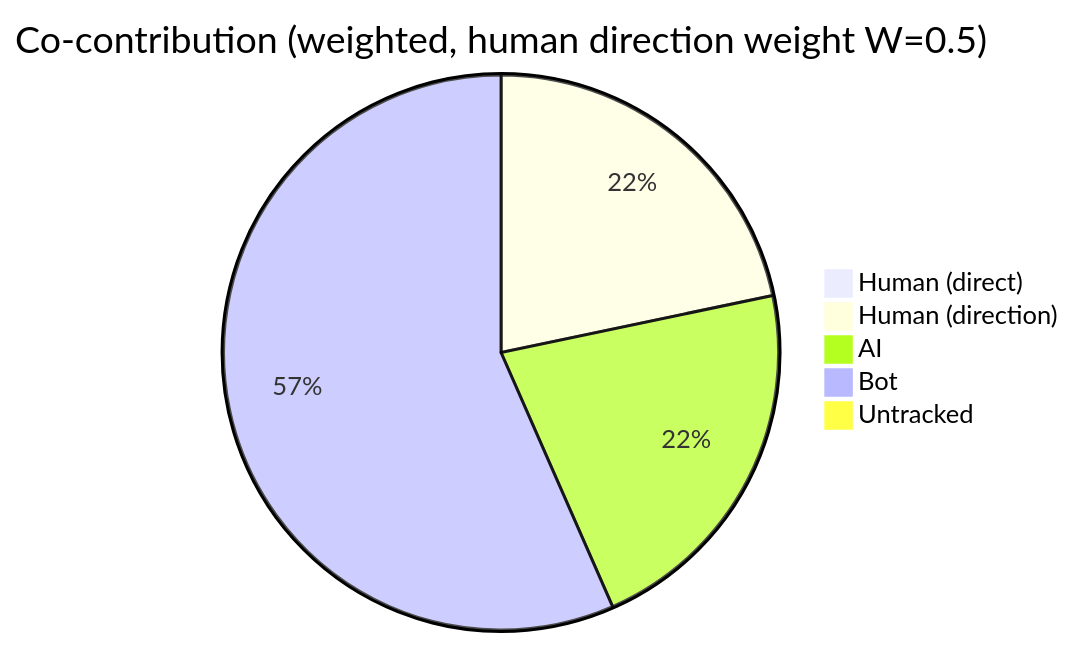
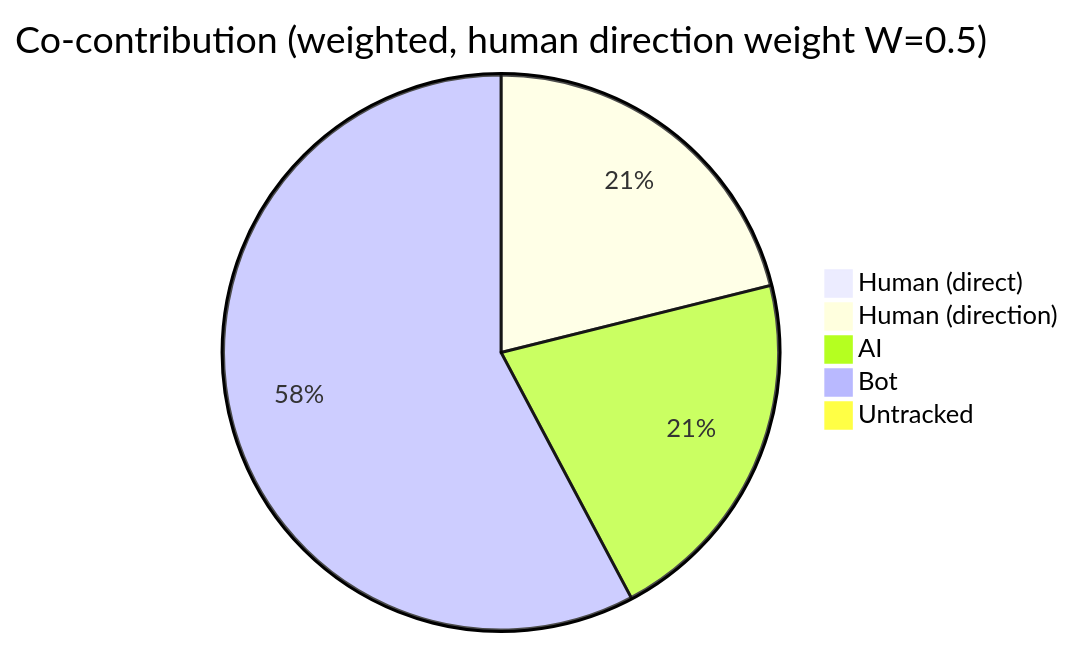
Before and after one commit to CaliMark/ai-authorship: the first of 4 diagrams in AI-AUTHORSHIP.md, drawn with Mermaid. The commit also changed other lines of this file and 1 other file, not shown here.

````diff
--- a/AI-AUTHORSHIP.md
+++ b/AI-AUTHORSHIP.md
@@ -23,8 +23,8 @@
 ```mermaid
 pie title Co-contribution (weighted, human direction weight W=0.5)
     "Human (direct)" : 0
-    "Human (direction)" : 1027
-    "AI" : 1027
-    "Bot" : 2677
+    "Human (direction)" : 998
+    "AI" : 998
+    "Bot" : 2730
     "Untracked" : 0
 ```
````
